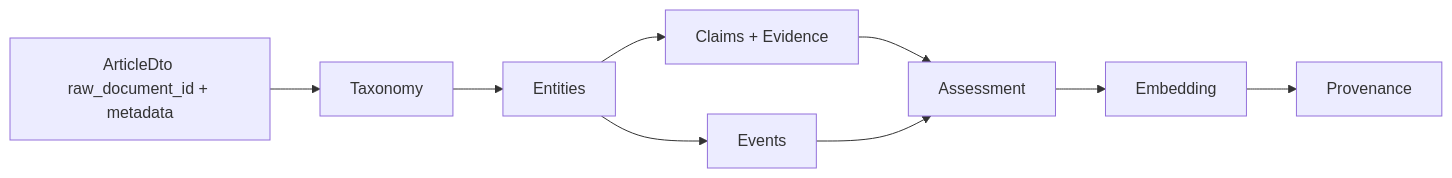
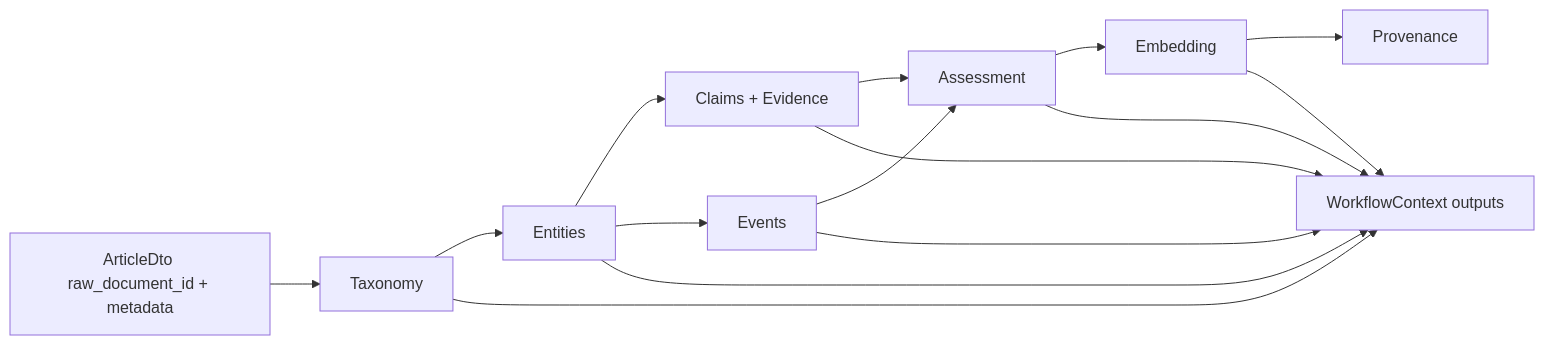
One commit to maxtarquini/osint changed the fourth of 6 diagrams in docs/data-flows.md. Above: the diagram before and after it, drawn with Mermaid. The commit also changed other lines of this file and 41 other files, not shown here.

````diff
--- a/docs/data-flows.md
+++ b/docs/data-flows.md
@@ -48,20 +86,27 @@
 ```mermaid
 flowchart LR
     Article0["ArticleDto raw_document_id + metadata"]
     Taxonomy["Taxonomy"]
     Entities["Entities"]
     Claims["Claims + Evidence"]
     Events["Events"]
     Assessment["Assessment"]
     Embedding["Embedding"]
     Provenance["Provenance"]
+    Context["WorkflowContext outputs"]
 
     Article0 --> Taxonomy
     Taxonomy --> Entities
     Entities --> Claims
     Entities --> Events
     Claims --> Assessment
     Events --> Assessment
     Assessment --> Embedding
     Embedding --> Provenance
+    Taxonomy --> Context
+    Entities --> Context
+    Claims --> Context
+    Events --> Context
+    Assessment --> Context
+    Embedding --> Context
 ```
````
